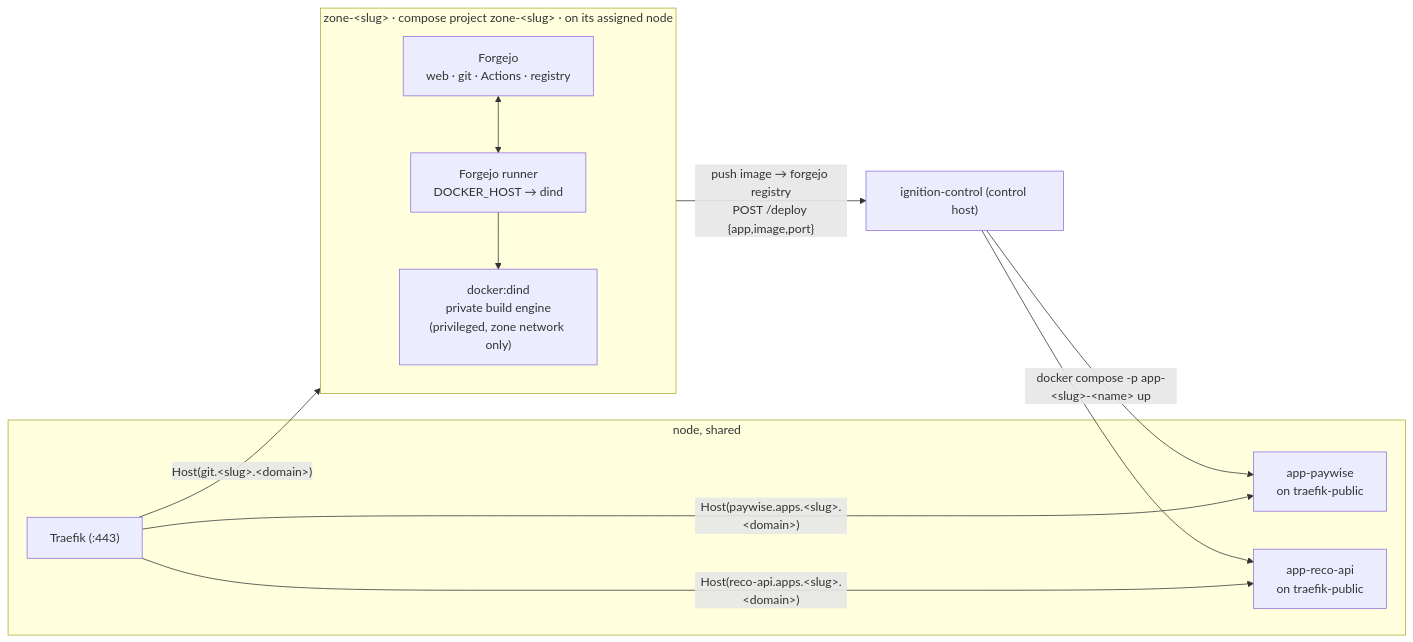
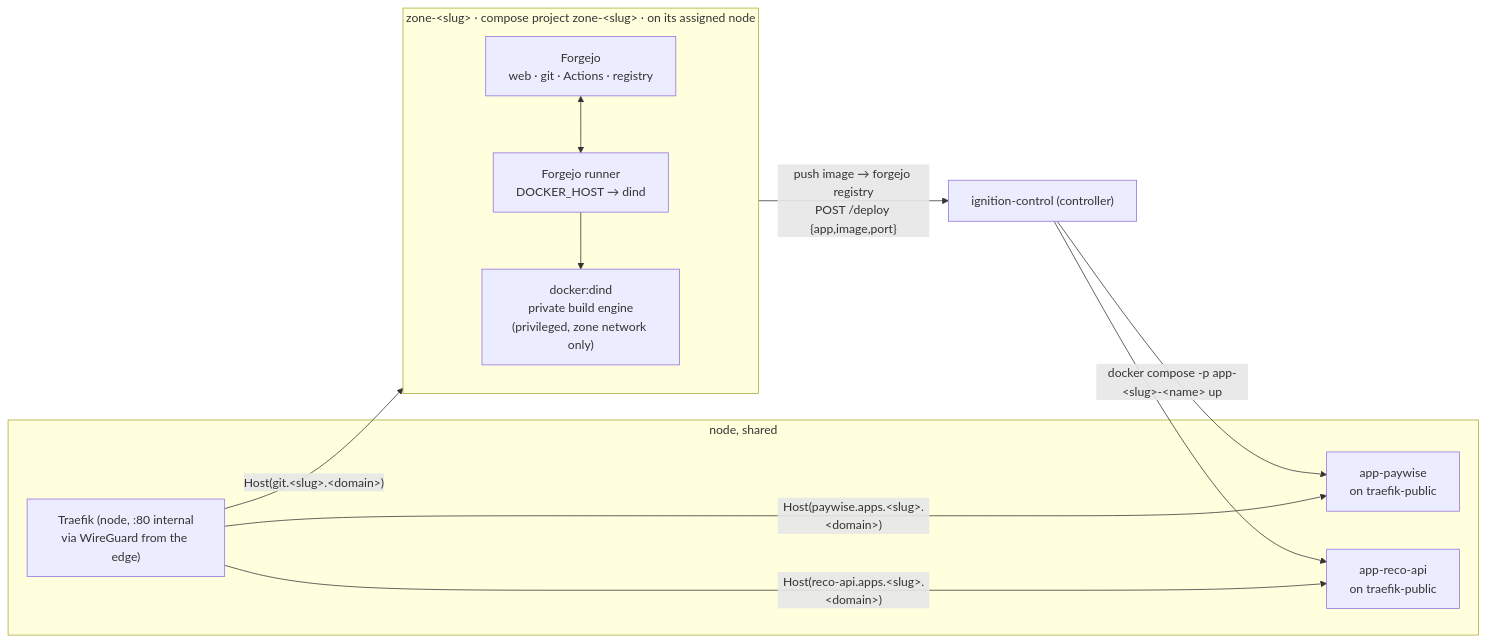
The second of 4 diagrams in docs/architecture.md (johnjoeallen/ignition), drawn with Mermaid before and after one commit. The commit also changed other lines of this file and 7 other files, not shown here.

First line of the commit message:
docs: adopt the single-front-door model as the architecture

````diff
--- a/docs/architecture.md
+++ b/docs/architecture.md
@@ -72,25 +77,25 @@
 ```mermaid
 flowchart LR
     subgraph zone["zone-&lt;slug&gt;  ·  compose project zone-&lt;slug&gt;  ·  on its assigned node"]
         direction TB
         forgejo["Forgejo<br/>web · git · Actions · registry"]
         dind["docker:dind<br/>private build engine<br/>(privileged, zone network only)"]
         runner["Forgejo runner<br/>DOCKER_HOST → dind"]
         forgejo <--> runner
         runner --> dind
     end
 
     subgraph shared["node, shared"]
-        traefik["Traefik  (:443)"]
+        traefik["Traefik (node, :80 internal<br/>via WireGuard from the edge)"]
         app1["app-paywise<br/>on traefik-public"]
         app2["app-reco-api<br/>on traefik-public"]
     end
 
-    cp["ignition-control (control host)"]
+    cp["ignition-control (controller)"]
     traefik -->|"Host(git.&lt;slug&gt;.&lt;domain&gt;)"| forgejo
     runner -->|"push image → forgejo registry<br/>POST /deploy {app,image,port}"| cp
     cp -->|"docker compose -p app-&lt;slug&gt;-&lt;name&gt; up"| app1
     cp --> app2
     traefik -->|"Host(paywise.apps.&lt;slug&gt;.&lt;domain&gt;)"| app1
     traefik -->|"Host(reco-api.apps.&lt;slug&gt;.&lt;domain&gt;)"| app2
 ```
````
